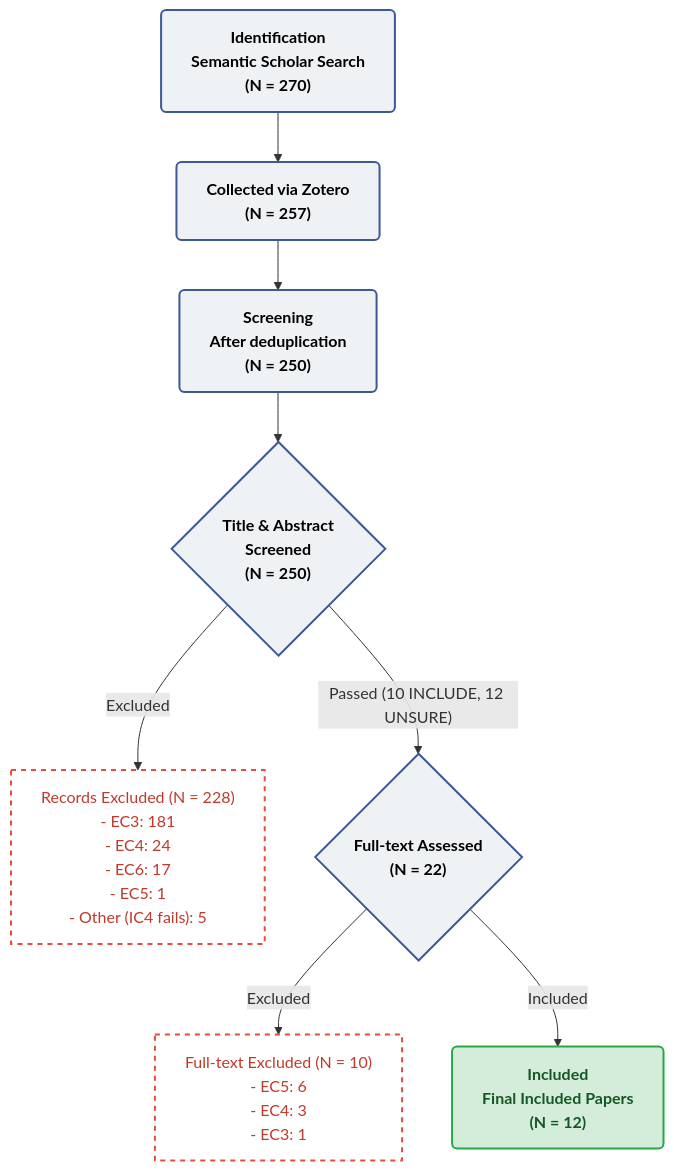
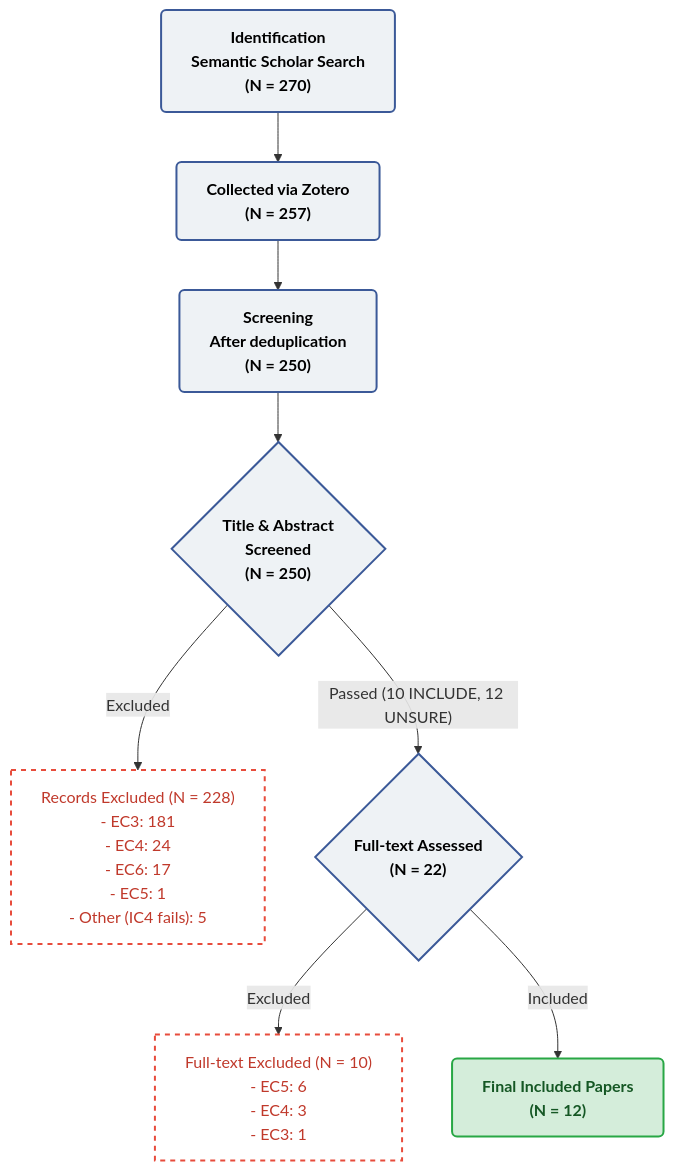
Before and after one commit to Khenggg/SE1944_LLM_Unit_Test_Generation: the diagram in SLR/prisma-flow.md, drawn with Mermaid. The commit also changed other lines of this file and 10 other files, not shown here.

````diff
--- a/SLR/prisma-flow.md
+++ b/SLR/prisma-flow.md
@@ -3,20 +3,20 @@
 ```mermaid
 flowchart TD
     %% Define Styles
     classDef mainNode fill:#eef2f5,stroke:#3b5998,stroke-width:2px,color:#000,font-weight:bold,rx:5px,ry:5px;
     classDef subNode fill:#fff,stroke:#e74c3c,stroke-width:2px,color:#c0392b,stroke-dasharray: 5 5;
     classDef resultNode fill:#d4edda,stroke:#28a745,stroke-width:2px,color:#155724,font-weight:bold,rx:5px,ry:5px;
     
     A1["Identification<br/>Semantic Scholar Search<br/>(N = 270)"]:::mainNode --> A2["Collected via Zotero<br/>(N = 257)"]:::mainNode
     A2 --> B["Screening<br/>After deduplication<br/>(N = 250)"]:::mainNode
     
     B --> C{"Title & Abstract<br/>Screened<br/>(N = 250)"}:::mainNode
     
     C -- Excluded --> D["Records Excluded (N = 228)<br/>- EC3: 181<br/>- EC4: 24<br/>- EC6: 17<br/>- EC5: 1<br/>- Other (IC4 fails): 5"]:::subNode
     
     C -- Passed (10 INCLUDE, 12 UNSURE) --> E{"Full-text Assessed<br/>(N = 22)"}:::mainNode
     
     E -- Excluded --> F["Full-text Excluded (N = 10)<br/>- EC5: 6<br/>- EC4: 3<br/>- EC3: 1"]:::subNode
     
-    E -- Included --> G["Included<br/>Final Included Papers<br/>(N = 12)"]:::resultNode
+    E -- Included --> G["Final Included Papers<br/>(N = 12)"]:::resultNode
 ```
````
